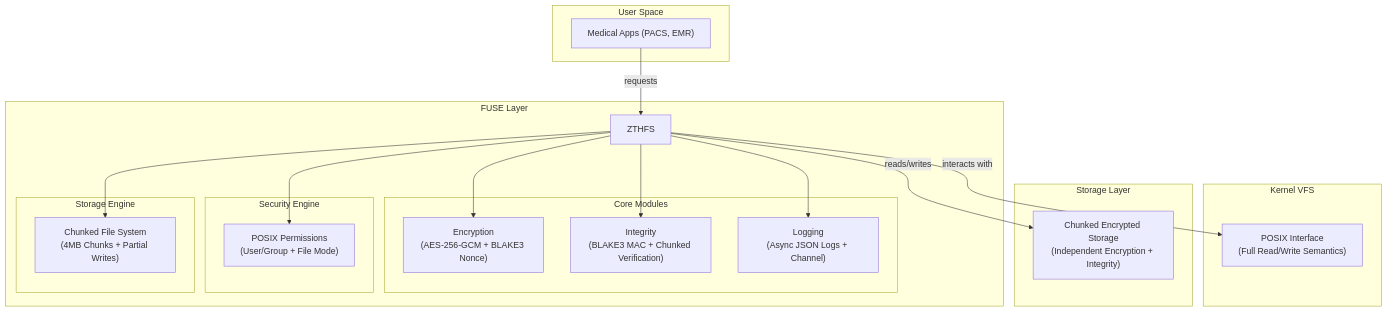
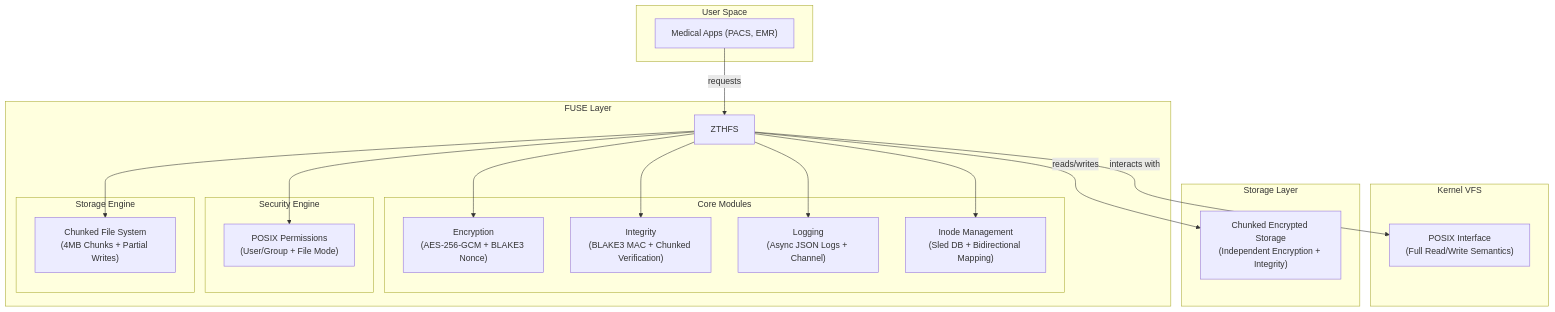
Before and after one commit to X-FRI/zthfs: the diagram in README.md, drawn with Mermaid. The commit also changed other lines of this file and 1 other file, not shown here.

````diff
--- a/README.md
+++ b/README.md
@@ -12,38 +12,40 @@
 ```mermaid
 graph TD
     subgraph User Space
         A["Medical Apps (PACS, EMR)"]
     end
 
     subgraph FUSE Layer
         B[ZTHFS]
         subgraph Core Modules
             B1["Encryption<br/>(AES-256-GCM + BLAKE3 Nonce)"]
             B2["Integrity<br/>(BLAKE3 MAC + Chunked Verification)"]
             B3["Logging<br/>(Async JSON Logs + Channel)"]
+            B6["Inode Management<br/>(Sled DB + Bidirectional Mapping)"]
         end
         subgraph Security Engine
             B4["POSIX Permissions<br/>(User/Group + File Mode)"]
         end
         subgraph Storage Engine
             B5["Chunked File System<br/>(4MB Chunks + Partial Writes)"]
         end
         B --> B1
         B --> B2
         B --> B3
         B --> B4
         B --> B5
+        B --> B6
     end
 
     subgraph Kernel VFS
         C["POSIX Interface<br/>(Full Read/Write Semantics)"]
     end
 
     subgraph Storage Layer
         D["Chunked Encrypted Storage<br/>(Independent Encryption + Integrity)"]
     end
 
     A -- requests --> B
     B -- interacts with --> C
     B -- reads/writes --> D
 ```
````
